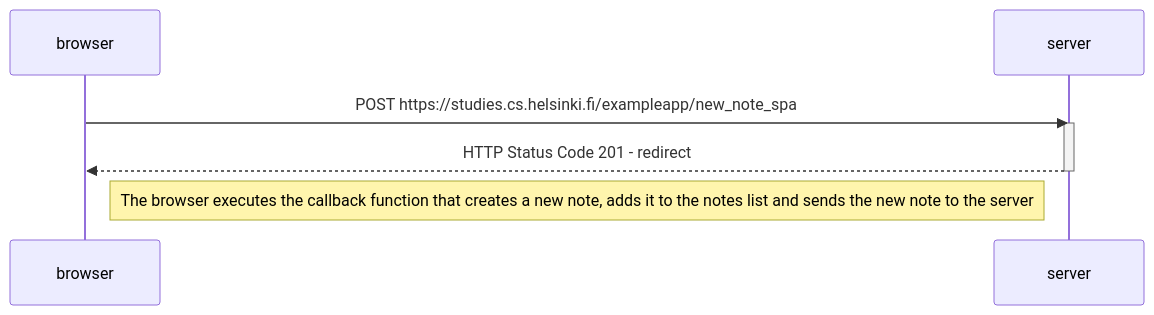
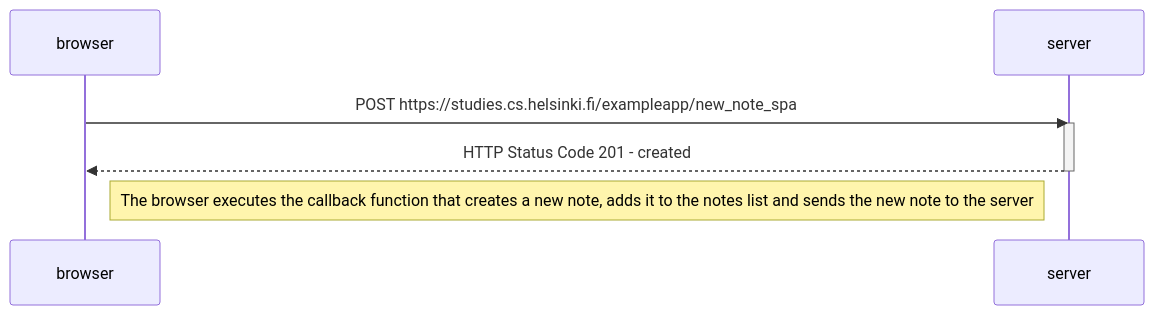
One commit to kunle-coded/fullstack-open changed the diagram in Part0/0.6.md. Above: the diagram before and after it, drawn with Mermaid.

Commit message:
correction

````diff
--- a/Part0/0.6.md
+++ b/Part0/0.6.md
@@ -1,12 +1,12 @@
 ```mermaid
 sequenceDiagram
     participant browser
     participant server
 
     browser->>server: POST https://studies.cs.helsinki.fi/exampleapp/new_note_spa
     activate server
-    server-->>browser: HTTP Status Code 201 - redirect
+    server-->>browser: HTTP Status Code 201 - created
     deactivate server
 
     Note right of browser: The browser executes the callback function that creates a new note, adds it to the notes list and sends the new note to the server
 ```
````
